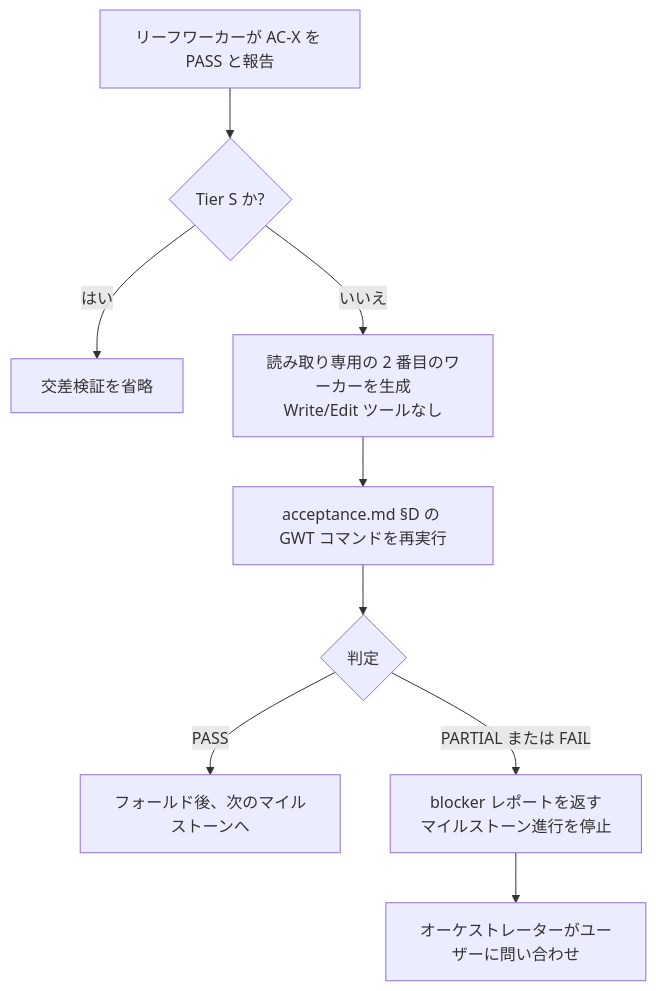
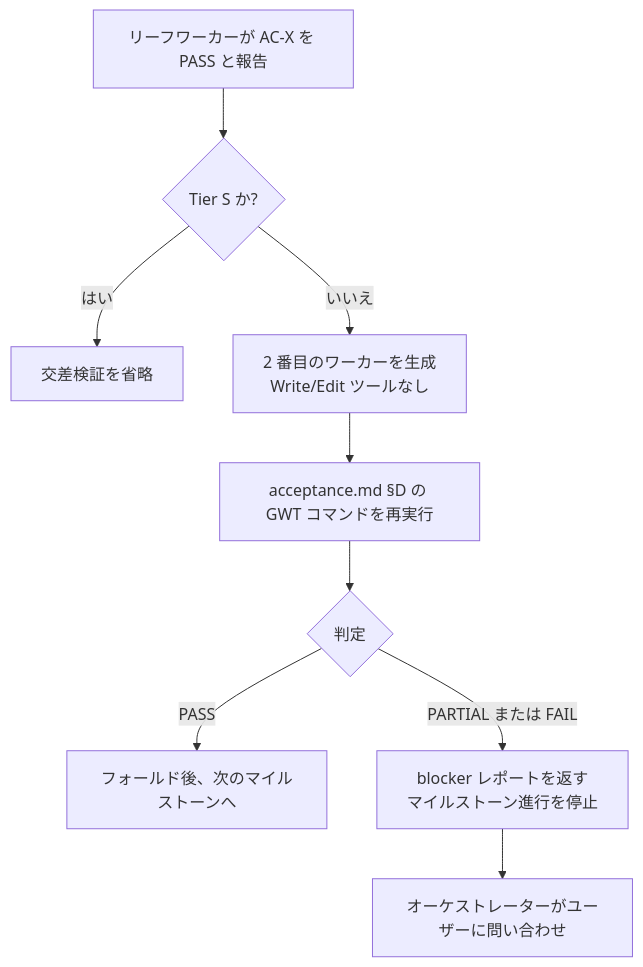
Before and after one commit to modu-ai/moai-adk: the fifth of 5 diagrams in docs-site/content/ja/advanced/agent-guide.md, drawn with Mermaid. The commit also changed other lines of this file and 3 other files, not shown here.

````diff
--- a/docs-site/content/ja/advanced/agent-guide.md
+++ b/docs-site/content/ja/advanced/agent-guide.md
@@ -213,11 +213,11 @@
 ```mermaid
 flowchart TD
     AUTHOR["リーフワーカーが AC-X を PASS と報告"] --> TIER{"Tier S か?"}
     TIER -->|"はい"| SKIP["交差検証を省略"]
-    TIER -->|"いいえ"| PEER["読み取り専用の 2 番目のワーカーを生成<br>Write/Edit ツールなし"]
+    TIER -->|"いいえ"| PEER["2 番目のワーカーを生成<br>Write/Edit ツールなし"]
     PEER --> RERUN["acceptance.md §D の GWT コマンドを再実行"]
     RERUN --> VERDICT{"判定"}
     VERDICT -->|"PASS"| NEXT["フォールド後、次のマイルストーンへ"]
     VERDICT -->|"PARTIAL または FAIL"| BLOCK["blocker レポートを返す<br>マイルストーン進行を停止"]
     BLOCK --> ORCH["オーケストレーターがユーザーに問い合わせ"]
 ```
````
